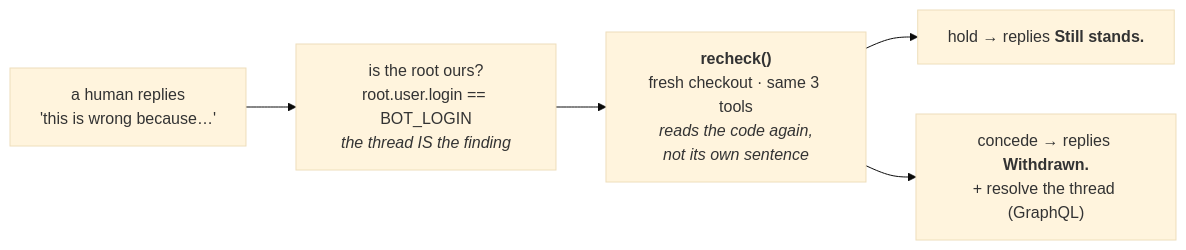
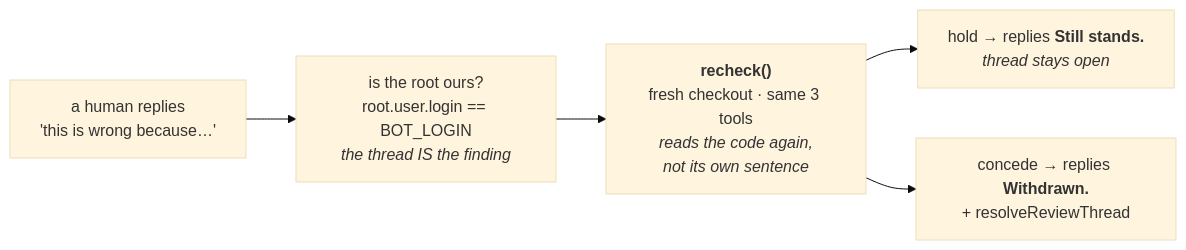
Before and after one commit to arvindvikram06/polyidus: the seventh of 8 diagrams in README.md, drawn with Mermaid (base theme). The commit also changed other lines of this file and 3 other files, not shown here.

````diff
--- a/README.md
+++ b/README.md
@@ -224,12 +224,12 @@
 ```mermaid
 flowchart LR
     H["a human replies<br/>'this is wrong because…'"]
     Q["is the root ours?<br/>root.user.login == BOT_LOGIN<br/><i>the thread IS the finding</i>"]
     RC["<b>recheck()</b><br/>fresh checkout · same 3 tools<br/><i>reads the code again,<br/>not its own sentence</i>"]
-    HOLD["hold → replies <b>Still stands.</b>"]
-    CON["concede → replies <b>Withdrawn.</b><br/>+ resolve the thread (GraphQL)"]
+    HOLD["hold → replies <b>Still stands.</b><br/><i>thread stays open</i>"]
+    CON["concede → replies <b>Withdrawn.</b><br/>+ resolveReviewThread"]
 
     H --> Q --> RC
     RC --> HOLD
     RC --> CON
 ```
````
